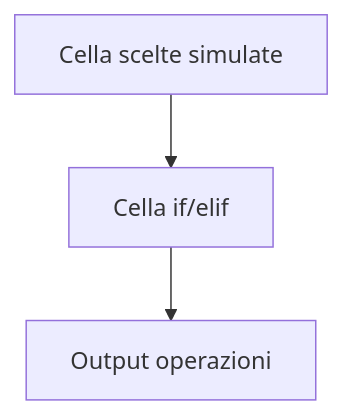
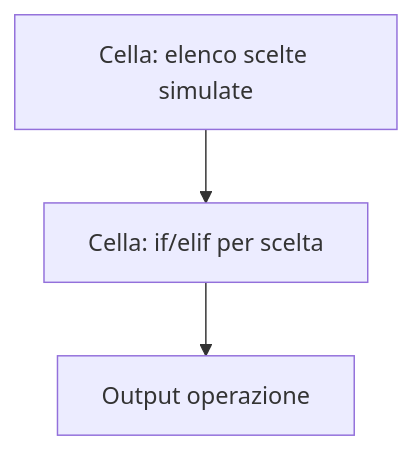
Before and after one commit to lucadagati/Lab_Fondamenti_di_Informatica_25_26: diagram 17 of 20 in 04-python-jupyter-analisi-biomedica/README.md, drawn with Mermaid. The commit also changed other lines of this file, not shown here.

First line of the commit message:
README Lab 4: aggiunge testo esercizi e flow più espliciti

````diff
--- a/04-python-jupyter-analisi-biomedica/README.md
+++ b/04-python-jupyter-analisi-biomedica/README.md
@@ -202,5 +255,5 @@
 ```mermaid
 flowchart TD
-    A[Cella scelte simulate] --> B[Cella if/elif]
-    B --> C[Output operazioni]
+    A[Cella: elenco scelte simulate] --> B[Cella: if/elif per scelta]
+    B --> C[Output operazione]
 ```
````
